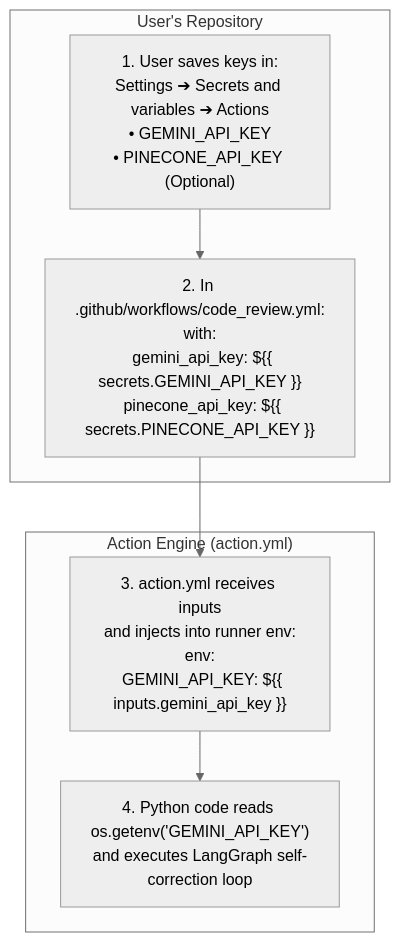
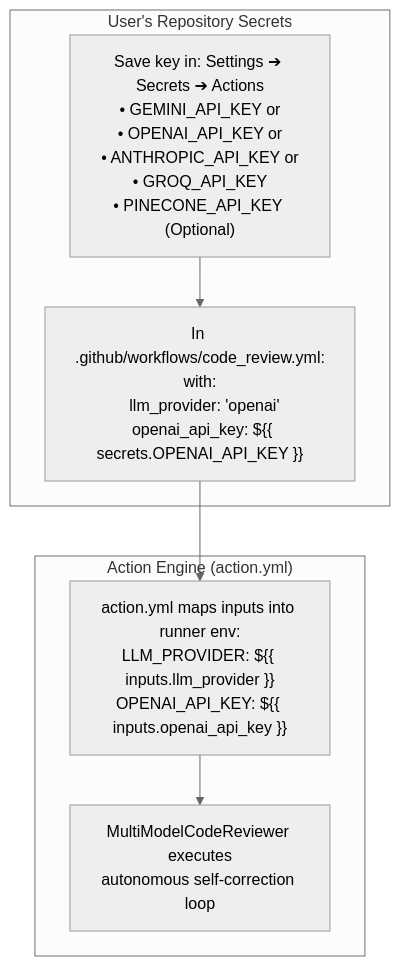
Before and after one commit to actions-marketplace-validations/aneeshmathew_CodeReviewArchitecturalAgent: the second of 2 diagrams in README.md, drawn with Mermaid (neutral theme). The commit also changed other lines of this file and 9 other files, not shown here.

Commit message:
Changes for Bring your own AI model API key

````diff
--- a/README.md
+++ b/README.md
@@ -209,16 +256,16 @@
 ```mermaid
 flowchart TD
-    subgraph "User's Repository"
-        A["1. User saves keys in:<br/>Settings ➔ Secrets and variables ➔ Actions<br/>• GEMINI_API_KEY<br/>• PINECONE_API_KEY (Optional)"]
-        B["2. In .github/workflows/code_review.yml:<br/>with:<br/>  gemini_api_key: ${{ secrets.GEMINI_API_KEY }}<br/>  pinecone_api_key: ${{ secrets.PINECONE_API_KEY }}"]
+    subgraph "User's Repository Secrets"
+        A["Save key in: Settings ➔ Secrets ➔ Actions<br/>• GEMINI_API_KEY or<br/>• OPENAI_API_KEY or<br/>• ANTHROPIC_API_KEY or<br/>• GROQ_API_KEY<br/>• PINECONE_API_KEY (Optional)"]
+        B["In .github/workflows/code_review.yml:<br/>with:<br/>  llm_provider: 'openai'<br/>  openai_api_key: ${{ secrets.OPENAI_API_KEY }}"]
     end
 
     subgraph "Action Engine (action.yml)"
-        C["3. action.yml receives inputs<br/>and injects into runner env:<br/>env:<br/>  GEMINI_API_KEY: ${{ inputs.gemini_api_key }}"]
-        D["4. Python code reads os.getenv('GEMINI_API_KEY')<br/>and executes LangGraph self-correction loop"]
+        C["action.yml maps inputs into runner env:<br/>LLM_PROVIDER: ${{ inputs.llm_provider }}<br/>OPENAI_API_KEY: ${{ inputs.openai_api_key }}"]
+        D["MultiModelCodeReviewer executes<br/>autonomous self-correction loop"]
     end
 
     A --> B
     B --> C
     C --> D
 ```
````
